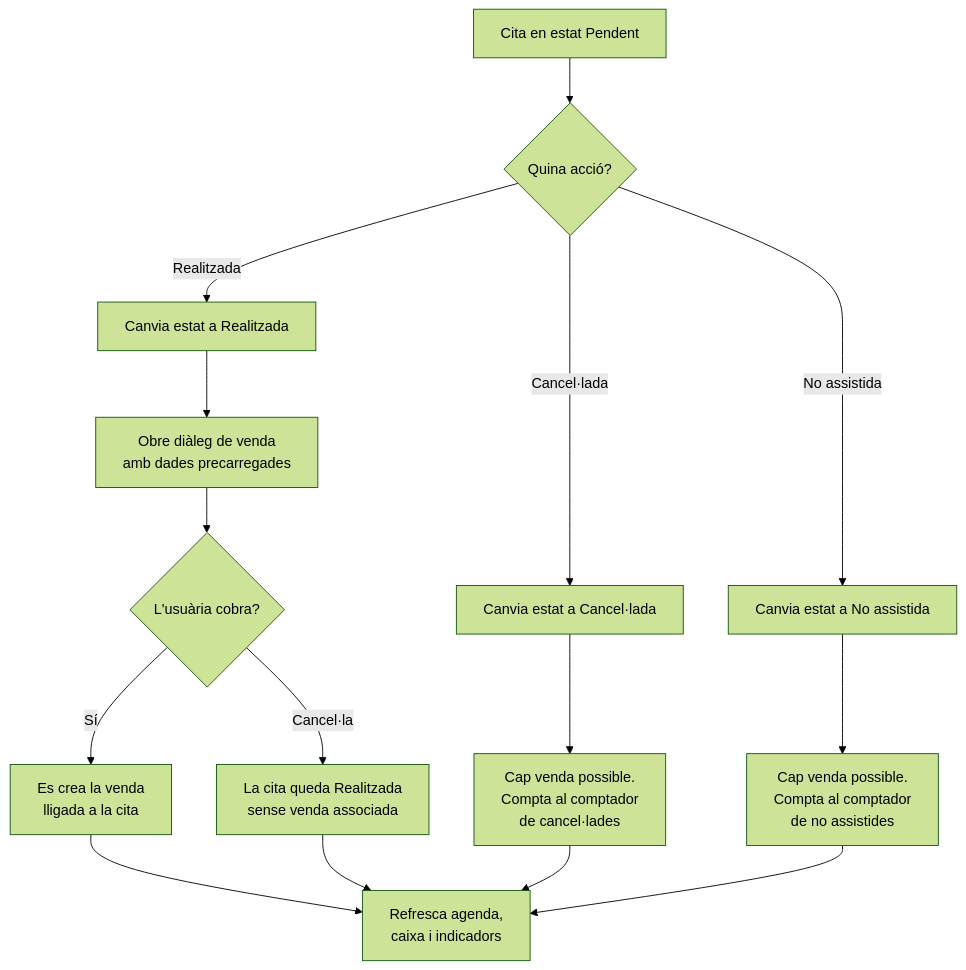
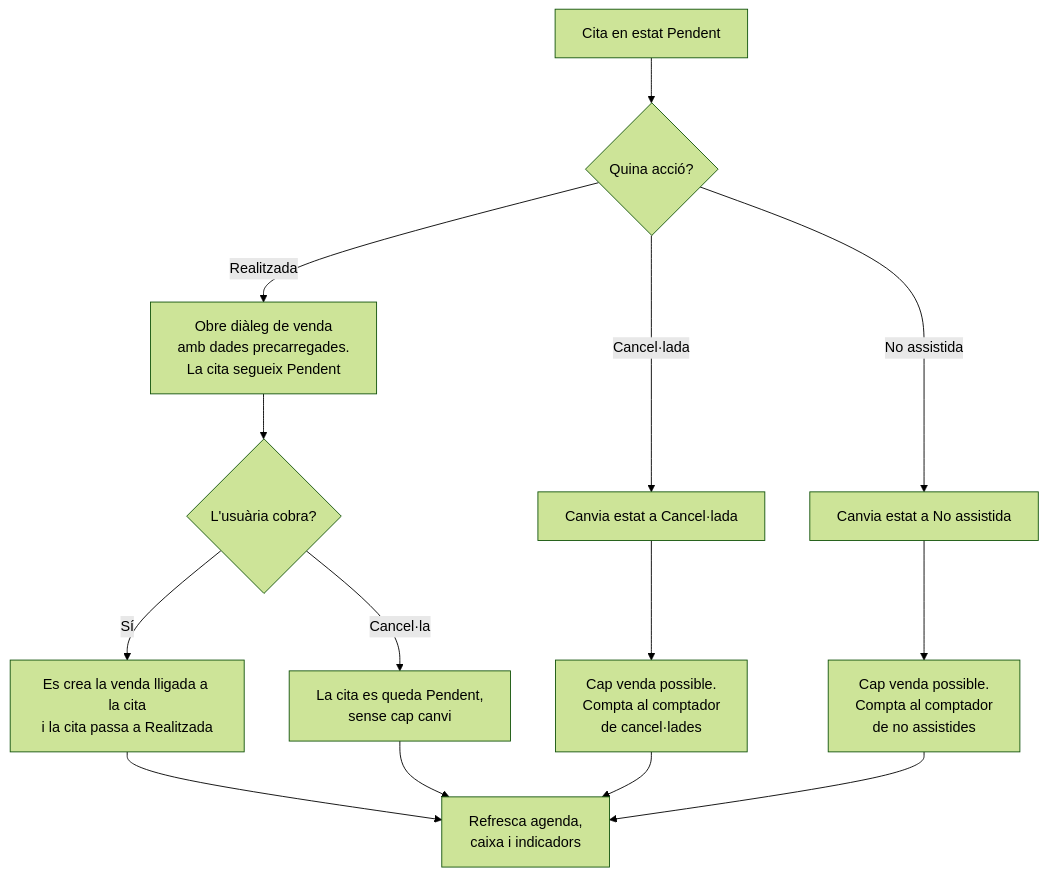
The fourth of 14 diagrams in docs/plan/casos-us.md (danielhoyosceldran/eva-gest), drawn with Mermaid (forest theme) before and after one commit. The commit also changed other lines of this file and 12 other files, not shown here.

````diff
--- a/docs/plan/casos-us.md
+++ b/docs/plan/casos-us.md
@@ -106,21 +106,20 @@
 ```mermaid
 flowchart TD
     A[Cita en estat Pendent] --> B{Quina acció?}
 
-    B -->|Realitzada| C[Canvia estat a Realitzada]
-    C --> D[Obre diàleg de venda<br/>amb dades precarregades]
+    B -->|Realitzada| D[Obre diàleg de venda<br/>amb dades precarregades.<br/>La cita segueix Pendent]
     D --> E{L'usuària cobra?}
-    E -->|Sí| F[Es crea la venda<br/>lligada a la cita]
-    E -->|Cancel·la| G[La cita queda Realitzada<br/>sense venda associada]
+    E -->|Sí| F[Es crea la venda lligada a la cita<br/>i la cita passa a Realitzada]
+    E -->|Cancel·la| G[La cita es queda Pendent,<br/>sense cap canvi]
 
     B -->|Cancel·lada| H[Canvia estat a Cancel·lada]
     B -->|No assistida| I[Canvia estat a No assistida]
 
     H --> J[Cap venda possible.<br/>Compta al comptador<br/>de cancel·lades]
     I --> K[Cap venda possible.<br/>Compta al comptador<br/>de no assistides]
 
     F --> L[Refresca agenda,<br/>caixa i indicadors]
     G --> L
     J --> L
     K --> L
 ```
````
